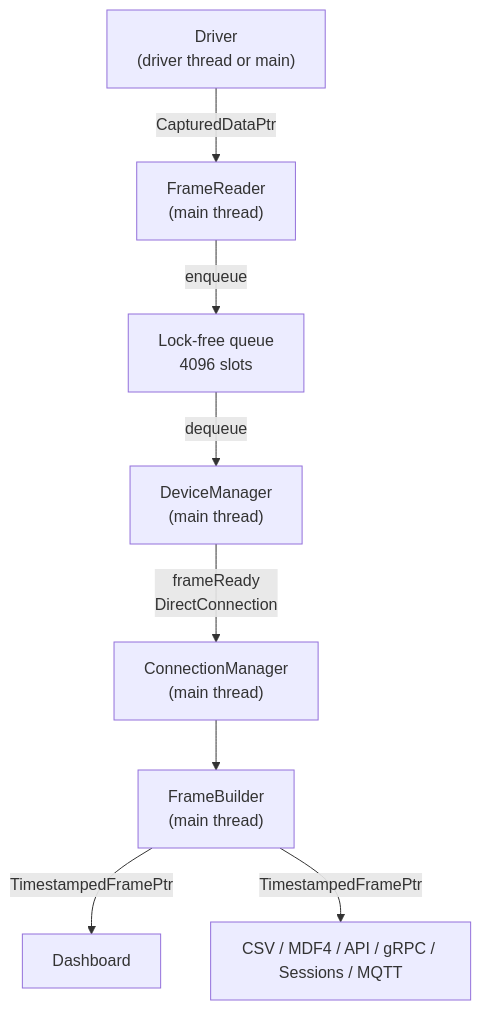
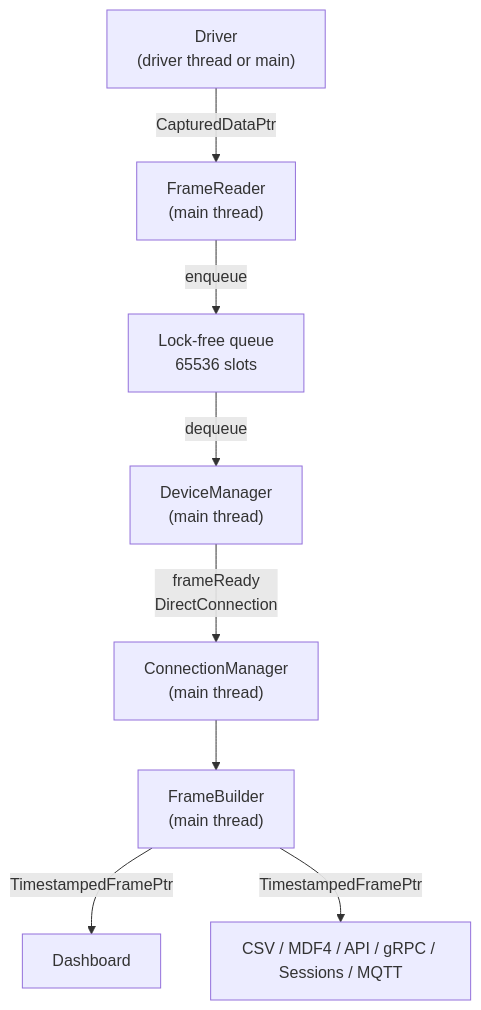
One commit to songbangyan/Serial-Studio changed the first of 2 diagrams in doc/help/Data-Hotpath.md. Above: the diagram before and after it, drawn with Mermaid. The commit also changed other lines of this file and 36 other files, not shown here.

````diff
--- a/doc/help/Data-Hotpath.md
+++ b/doc/help/Data-Hotpath.md
@@ -16,10 +16,10 @@
 ```mermaid
 flowchart TD
     A["Driver<br/>(driver thread or main)"] -->|CapturedDataPtr| B["FrameReader<br/>(main thread)"]
-    B -->|enqueue| Q["Lock-free queue<br/>4096 slots"]
+    B -->|enqueue| Q["Lock-free queue<br/>65536 slots"]
     Q -->|dequeue| C["DeviceManager<br/>(main thread)"]
     C -->|frameReady<br/>DirectConnection| D["ConnectionManager<br/>(main thread)"]
     D --> E["FrameBuilder<br/>(main thread)"]
     E -->|TimestampedFramePtr| F["Dashboard"]
     E -->|TimestampedFramePtr| G["CSV / MDF4 / API / gRPC / Sessions / MQTT"]
 ```
````
